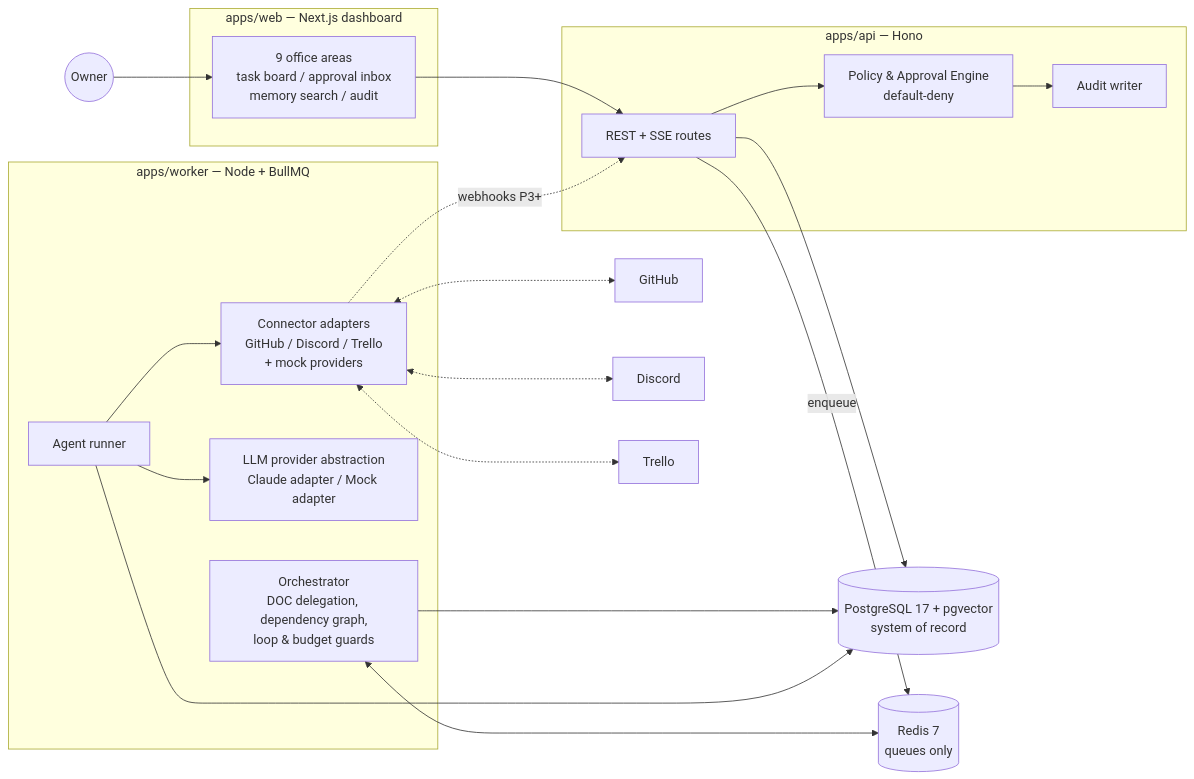
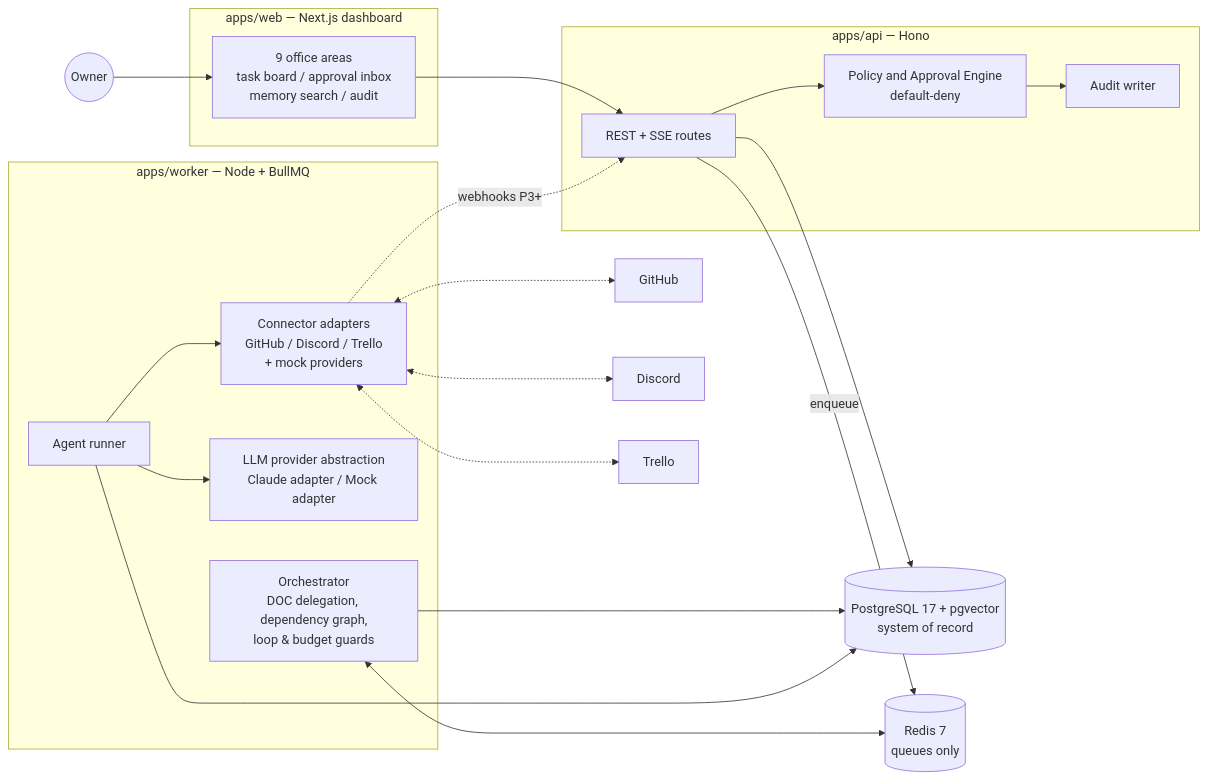
The diagram in specs/001-flux-88-platform/plan.md (joshuel09/Project-FLUX-88-Your-Retro-AI-Office), drawn with Mermaid before and after one commit. The commit also changed other lines of this file, not shown here.

First line of the commit message:
docs: add prioritized delivery sequence and fix diagram label

````diff
--- a/specs/001-flux-88-platform/plan.md
+++ b/specs/001-flux-88-platform/plan.md
@@ -67,43 +67,43 @@
 ```mermaid
 flowchart LR
     Owner((Owner))
 
     subgraph Web["apps/web — Next.js dashboard"]
         UI[9 office areas<br/>task board / approval inbox<br/>memory search / audit]
     end
 
     subgraph API["apps/api — Hono"]
         R[REST + SSE routes]
-        POL[Policy & Approval Engine<br/>default-deny]
+        POL["Policy and Approval Engine<br/>default-deny"]
         AUD[Audit writer]
     end
 
     subgraph Worker["apps/worker — Node + BullMQ"]
         ORCH[Orchestrator<br/>DOC delegation, dependency graph,<br/>loop & budget guards]
         RUN[Agent runner]
         LLM[LLM provider abstraction<br/>Claude adapter / Mock adapter]
         CONN[Connector adapters<br/>GitHub / Discord / Trello<br/>+ mock providers]
     end
 
     PG[(PostgreSQL 17 + pgvector<br/>system of record)]
     RD[(Redis 7<br/>queues only)]
 
     Owner --> UI
     UI --> R
     R --> POL --> AUD
     R --> PG
     ORCH <--> RD
     R -- enqueue --> RD
     RUN --> LLM
     RUN --> CONN
     ORCH --> PG
     RUN --> PG
     CONN -. webhooks P3+ .-> R
 
     GH[GitHub]
     DC[Discord]
     TR[Trello]
     CONN <-.-> GH
     CONN <-.-> DC
     CONN <-.-> TR
 ```
````
